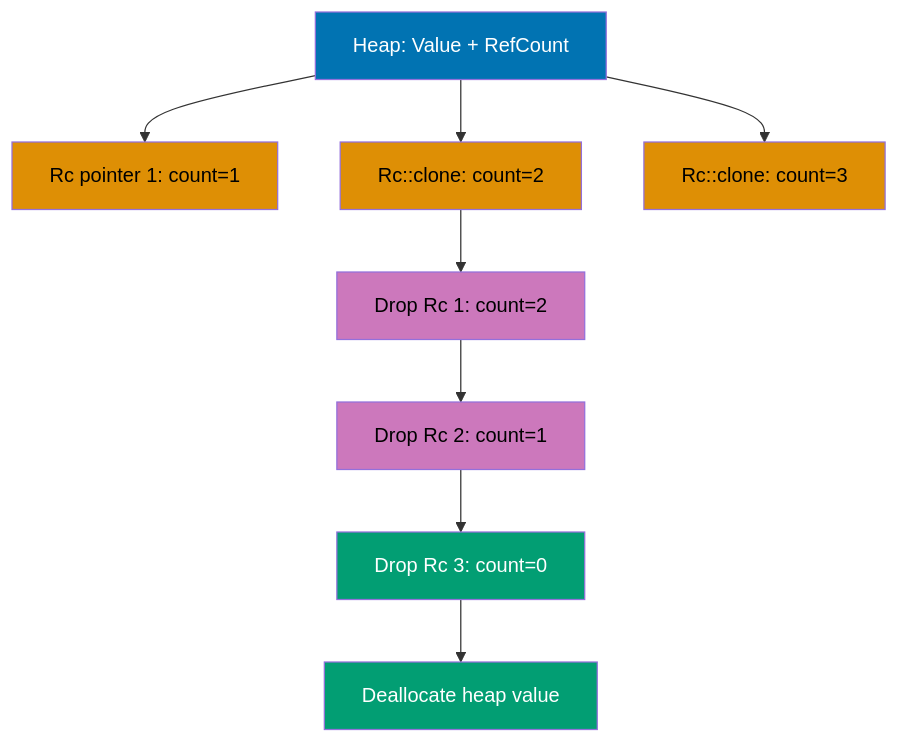
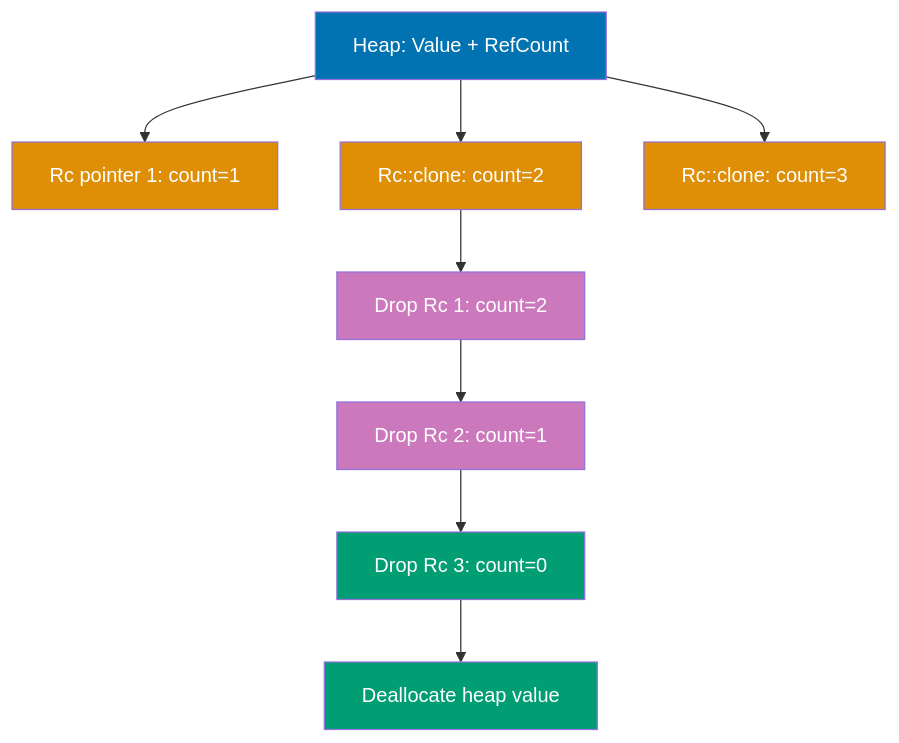
One commit to wahidyankf/open-sharia-enterprise changed the seventh of 12 diagrams in apps/ayokoding-web/content/en/learn/software-engineering/programming-languages/rust/by-example/intermediate.md. Above: the diagram before and after it, drawn with Mermaid. The commit also changed other lines of this file and 61 other files, not shown here.

First line of the commit message:
fix(ayokoding-web): quote Mermaid node labels with special characters in Example 63

````diff
--- a/apps/ayokoding-web/content/en/learn/software-engineering/programming-languages/rust/by-example/intermediate.md
+++ b/apps/ayokoding-web/content/en/learn/software-engineering/programming-languages/rust/by-example/intermediate.md
@@ -1291,20 +1291,20 @@
 ```mermaid
 %% Rc reference counting mechanism
 graph TD
     A[Heap: Value + RefCount] --> B[Rc pointer 1: count=1]
     A --> C[Rc::clone: count=2]
     A --> D[Rc::clone: count=3]
     C --> E[Drop Rc 1: count=2]
     E --> F[Drop Rc 2: count=1]
     F --> G[Drop Rc 3: count=0]
     G --> H[Deallocate heap value]
 
     style A fill:#0173B2,color:#fff
-    style B fill:#DE8F05,color:#000
-    style C fill:#DE8F05,color:#000
-    style D fill:#DE8F05,color:#000
-    style E fill:#CC78BC,color:#000
-    style F fill:#CC78BC,color:#000
+    style B fill:#DE8F05,color:#fff
+    style C fill:#DE8F05,color:#fff
+    style D fill:#DE8F05,color:#fff
+    style E fill:#CC78BC,color:#fff
+    style F fill:#CC78BC,color:#fff
     style G fill:#029E73,color:#fff
     style H fill:#029E73,color:#fff
 ```
````
